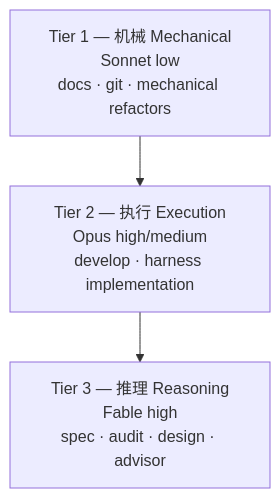
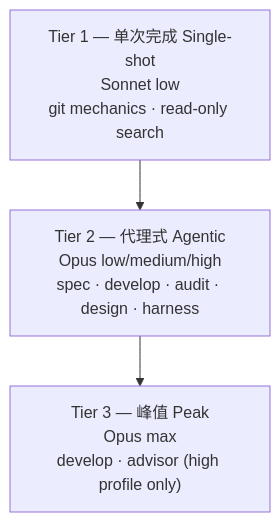
Before and after one commit to modu-ai/moai-adk: the diagram in docs-site/content/zh/advanced/no-haiku-3tier.md, drawn with Mermaid. The commit also changed other lines of this file and 56 other files, not shown here.

````diff
--- a/docs-site/content/zh/advanced/no-haiku-3tier.md
+++ b/docs-site/content/zh/advanced/no-haiku-3tier.md
@@ -27,8 +40,8 @@
 ```mermaid
 flowchart TD
-    T1["Tier 1 — 机械 Mechanical<br/>Sonnet low<br/>docs · git · mechanical refactors"]
-    T2["Tier 2 — 执行 Execution<br/>Opus high/medium<br/>develop · harness implementation"]
-    T3["Tier 3 — 推理 Reasoning<br/>Fable high<br/>spec · audit · design · advisor"]
+    T1["Tier 1 — 单次完成 Single-shot<br/>Sonnet low<br/>git mechanics · read-only search"]
+    T2["Tier 2 — 代理式 Agentic<br/>Opus low/medium/high<br/>spec · develop · audit · design · harness"]
+    T3["Tier 3 — 峰值 Peak<br/>Opus max<br/>develop · advisor (high profile only)"]
 
     T1 --> T2 --> T3
 ```
````
